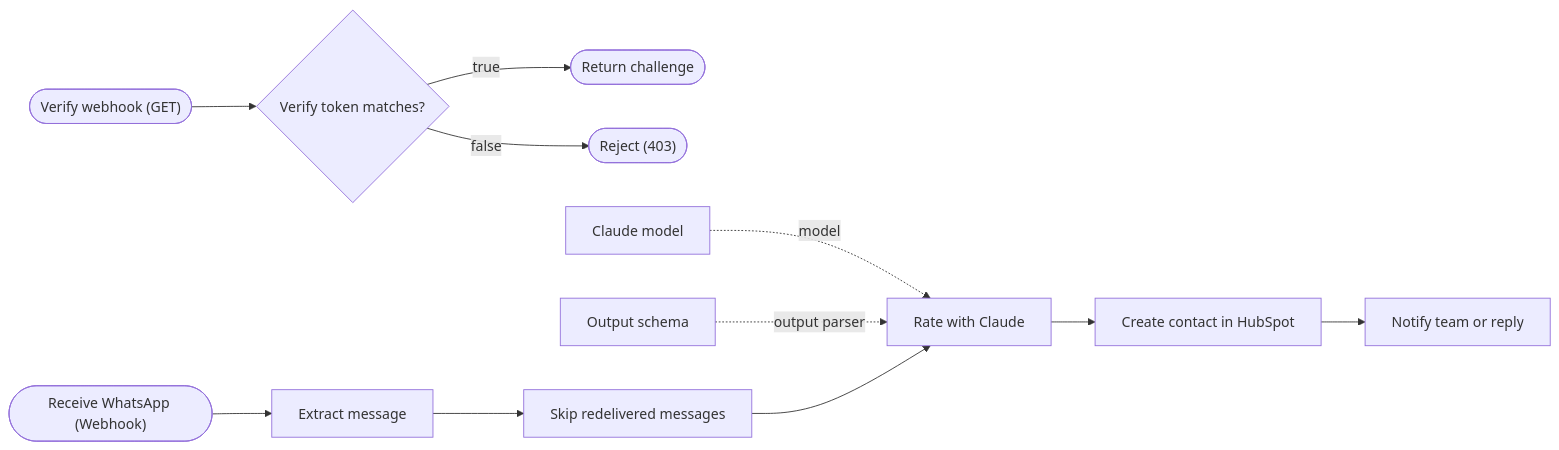
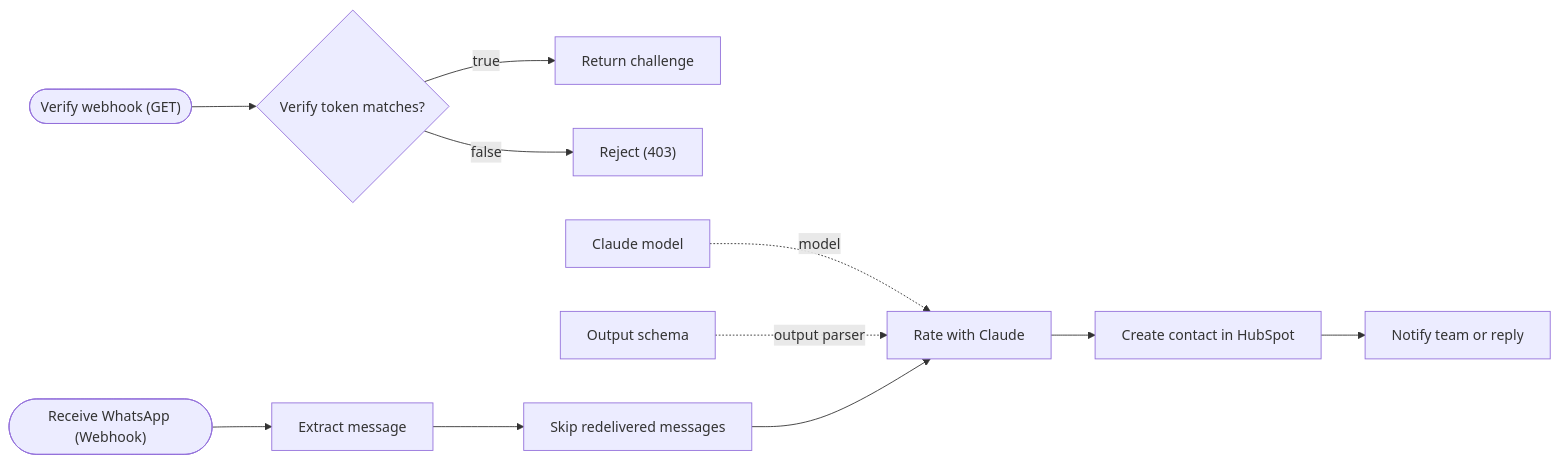
One commit to Fedemedinilla/applied-ai-toolkit changed the diagram in n8n-templates/diagrams/whatsapp-to-claude-lead-rating-to-hubspot.md. Above: the diagram before and after it, drawn with Mermaid. The commit also changed 2 other files, not shown here.

Commit message:
Draw only trigger nodes as stadiums in the generated diagrams
shape() matched /trigger|webhook$/i, and n8n-nodes-base.respondToWebhook
ends in "Webhook", so the WhatsApp diagram drew "Return challenge" and
"Reject (403)" as entry points. The check now names the webhook type and
types ending in Trigger. The diagram is regenerated and a docs test pins
that every stadium is a trigger.

Verification: npx vitest run n8n-templates -> 634 passed (the new docs test
failed before the fix); node n8n-templates/scripts/docs.ts rewrote one
diagram.

Claude-Session: https://claude.ai/code/session_011hVJxvix65QWpncgmFyXRw

````diff
--- a/n8n-templates/diagrams/whatsapp-to-claude-lead-rating-to-hubspot.md
+++ b/n8n-templates/diagrams/whatsapp-to-claude-lead-rating-to-hubspot.md
@@ -5,25 +5,25 @@
 ```mermaid
 flowchart LR
   n0(["Verify webhook (GET)"])
   n1{"Verify token matches?"}
-  n2(["Return challenge"])
-  n3(["Reject (403)"])
+  n2["Return challenge"]
+  n3["Reject (403)"]
   n4(["Receive WhatsApp (Webhook)"])
   n5["Extract message"]
   n6["Rate with Claude"]
   n7["Claude model"]
   n8["Output schema"]
   n9["Create contact in HubSpot"]
   n10["Notify team or reply"]
   n11["Skip redelivered messages"]
   n0 --> n1
   n1 -- true --> n2
   n1 -- false --> n3
   n4 --> n5
   n5 --> n11
   n6 --> n9
   n7 -. model .-> n6
   n8 -. output parser .-> n6
   n9 --> n10
   n11 --> n6
 ```
````
